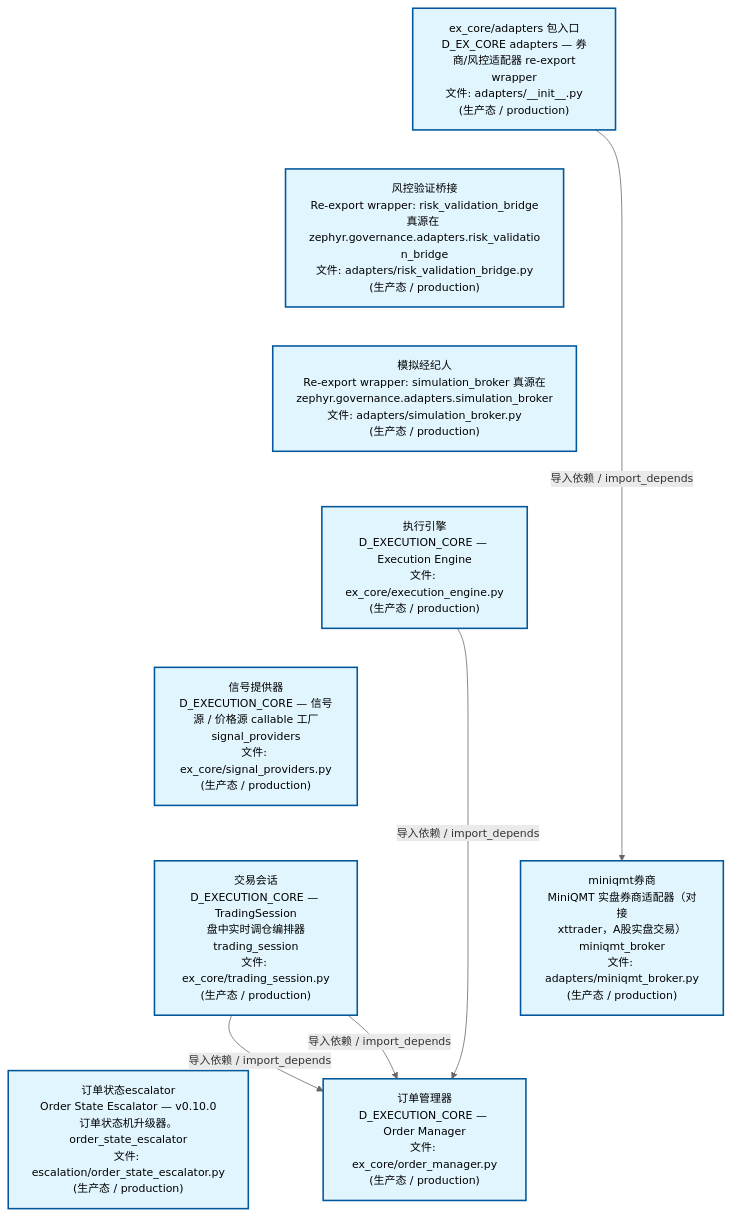
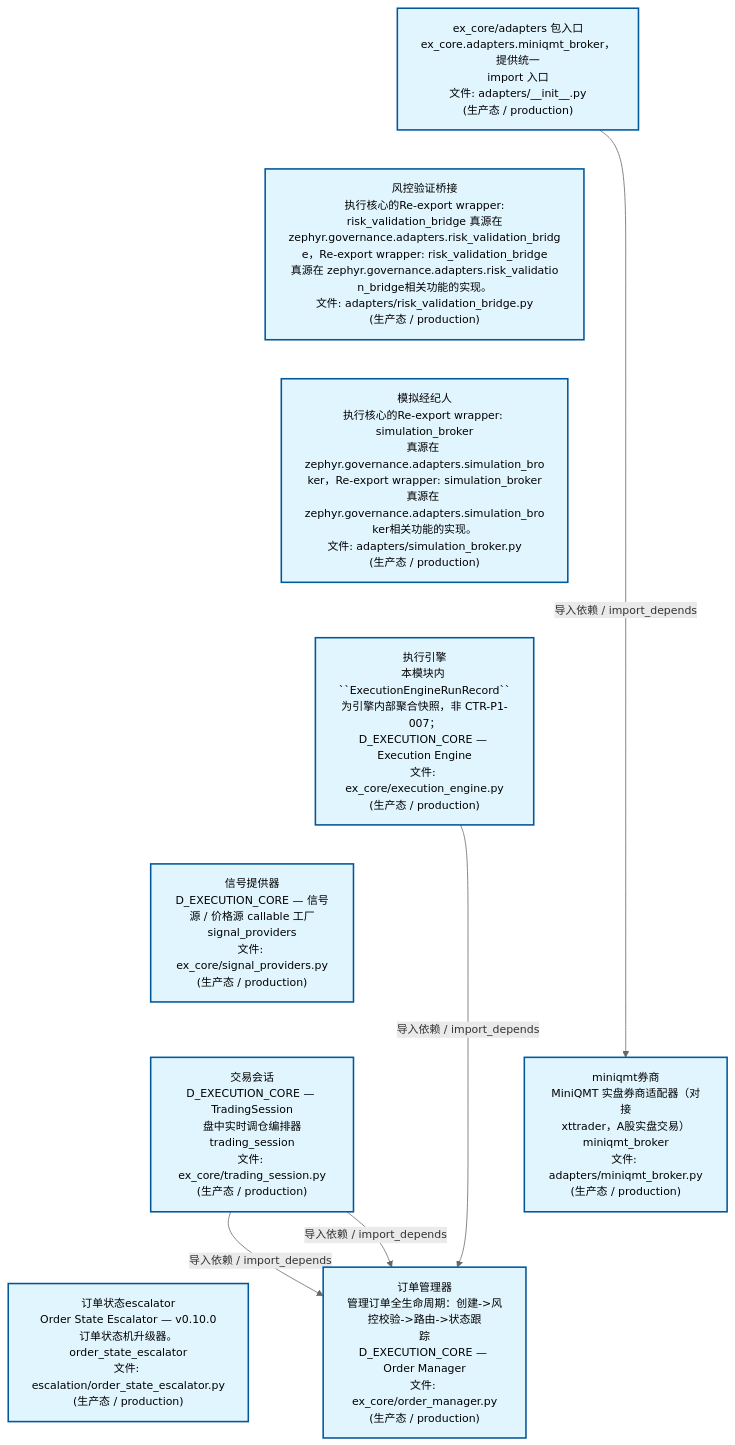
The second of 4 diagrams in docs/02_enterprise_architecture/02_domain_architecture_docs/44_d_ex_core.md (xuanFelixVan/ZephyrAlpha), drawn with Mermaid before and after one commit. The commit also changed other lines of this file and 48 other files, not shown here.

````diff
--- a/docs/02_enterprise_architecture/02_domain_architecture_docs/44_d_ex_core.md
+++ b/docs/02_enterprise_architecture/02_domain_architecture_docs/44_d_ex_core.md
@@ -170,29 +170,29 @@
 ```mermaid
 %%{init: {'theme': 'base', 'themeVariables': {'primaryColor': '#eaeaea', 'primaryTextColor': '#333333', 'primaryBorderColor': '#666666', 'lineColor': '#666666', 'secondaryColor': '#eaeaea', 'tertiaryColor': '#eaeaea', 'fontSize': '14px'}}}%%
 flowchart TD
-    src_zephyr_ex_core_adapters_init_py["ex_core/adapters 包入口<br/>D_EX_CORE adapters — 券商/风控适配器 re-export<br/>wrapper<br/>文件: adapters/__init__.py<br/>(生产态 / production)"]
-    src_zephyr_ex_core_adapters_risk_validation_bridge_py["风控验证桥接<br/>Re-export wrapper: risk_validation_bridge<br/>真源在 zephyr.governance.adapters.risk_validatio<br/>n_bridge<br/>文件: adapters/risk_validation_bridge.py<br/>(生产态 / production)"]
-    src_zephyr_ex_core_adapters_simulation_broker_py["模拟经纪人<br/>Re-export wrapper: simulation_broker 真源在<br/>zephyr.governance.adapters.simulation_broker<br/>文件: adapters/simulation_broker.py<br/>(生产态 / production)"]
-    src_zephyr_ex_core_execution_engine_py["执行引擎<br/>D_EXECUTION_CORE — Execution Engine<br/>文件: ex_core/execution_engine.py<br/>(生产态 / production)"]
+    src_zephyr_ex_core_adapters_init_py["ex_core/adapters 包入口<br/>ex_core.adapters.miniqmt_broker，提供统一<br/>import 入口<br/>文件: adapters/__init__.py<br/>(生产态 / production)"]
+    src_zephyr_ex_core_adapters_risk_validation_bridge_py["风控验证桥接<br/>执行核心的Re-export wrapper:<br/>risk_validation_bridge 真源在<br/>zephyr.governance.adapters.risk_validation_bridg<br/>e，Re-export wrapper: risk_validation_bridge<br/>真源在 zephyr.governance.adapters.risk_validatio<br/>n_bridge相关功能的实现。<br/>文件: adapters/risk_validation_bridge.py<br/>(生产态 / production)"]
+    src_zephyr_ex_core_adapters_simulation_broker_py["模拟经纪人<br/>执行核心的Re-export wrapper: simulation_broker<br/>真源在 zephyr.governance.adapters.simulation_bro<br/>ker，Re-export wrapper: simulation_broker<br/>真源在 zephyr.governance.adapters.simulation_bro<br/>ker相关功能的实现。<br/>文件: adapters/simulation_broker.py<br/>(生产态 / production)"]
+    src_zephyr_ex_core_execution_engine_py["执行引擎<br/>本模块内 ``ExecutionEngineRunRecord``<br/>为引擎内部聚合快照，非 CTR-P1-007；<br/>D_EXECUTION_CORE — Execution Engine<br/>文件: ex_core/execution_engine.py<br/>(生产态 / production)"]
     src_zephyr_ex_core_signal_providers_py["信号提供器<br/>D_EXECUTION_CORE — 信号源 / 价格源 callable 工厂<br/>signal_providers<br/>文件: ex_core/signal_providers.py<br/>(生产态 / production)"]
     src_zephyr_ex_core_trading_session_py["交易会话<br/>D_EXECUTION_CORE — TradingSession<br/>盘中实时调仓编排器<br/>trading_session<br/>文件: ex_core/trading_session.py<br/>(生产态 / production)"]
     src_zephyr_governance_escalation_order_state_escalator_py["订单状态escalator<br/>Order State Escalator — v0.10.0<br/>订单状态机升级器。<br/>order_state_escalator<br/>文件: escalation/order_state_escalator.py<br/>(生产态 / production)"]
     src_zephyr_ex_core_adapters_init_py ~~~ src_zephyr_ex_core_adapters_risk_validation_bridge_py
     src_zephyr_ex_core_adapters_risk_validation_bridge_py ~~~ src_zephyr_ex_core_adapters_simulation_broker_py
     src_zephyr_ex_core_adapters_simulation_broker_py ~~~ src_zephyr_ex_core_execution_engine_py
     src_zephyr_ex_core_execution_engine_py ~~~ src_zephyr_ex_core_signal_providers_py
     src_zephyr_ex_core_signal_providers_py ~~~ src_zephyr_ex_core_trading_session_py
     src_zephyr_ex_core_trading_session_py ~~~ src_zephyr_governance_escalation_order_state_escalator_py
     src_zephyr_ex_core_adapters_miniqmt_broker_py["miniqmt券商<br/>MiniQMT 实盘券商适配器（对接<br/>xttrader，A股实盘交易）<br/>miniqmt_broker<br/>文件: adapters/miniqmt_broker.py<br/>(生产态 / production)"]
-    src_zephyr_ex_core_order_manager_py["订单管理器<br/>D_EXECUTION_CORE — Order Manager<br/>文件: ex_core/order_manager.py<br/>(生产态 / production)"]
+    src_zephyr_ex_core_order_manager_py["订单管理器<br/>管理订单全生命周期：创建->风控校验->路由->状态跟<br/>踪<br/>D_EXECUTION_CORE — Order Manager<br/>文件: ex_core/order_manager.py<br/>(生产态 / production)"]
     src_zephyr_ex_core_adapters_miniqmt_broker_py ~~~ src_zephyr_ex_core_order_manager_py
     src_zephyr_ex_core_execution_engine_py -->|导入依赖 / import_depends| src_zephyr_ex_core_order_manager_py
     src_zephyr_ex_core_trading_session_py -->|导入依赖 / import_depends| src_zephyr_ex_core_order_manager_py
     src_zephyr_ex_core_trading_session_py -->|导入依赖 / import_depends| src_zephyr_ex_core_order_manager_py
     src_zephyr_ex_core_adapters_init_py -->|导入依赖 / import_depends| src_zephyr_ex_core_adapters_miniqmt_broker_py
     classDef production fill:#e1f5fe,stroke:#01579b,stroke-width:2px,color:#000
     classDef design fill:#fff3e0,stroke:#e65100,stroke-width:2px,color:#000,stroke-dasharray: 5 5
     classDef external_prod fill:#e8f4fd,stroke:#0277bd,stroke-width:1px,color:#000
     classDef external_design fill:#fff8e7,stroke:#ef6c00,stroke-width:1px,color:#000,stroke-dasharray: 5 5
     class src_zephyr_ex_core_adapters_init_py,src_zephyr_ex_core_adapters_miniqmt_broker_py,src_zephyr_ex_core_adapters_risk_validation_bridge_py,src_zephyr_ex_core_adapters_simulation_broker_py,src_zephyr_ex_core_execution_engine_py,src_zephyr_ex_core_order_manager_py,src_zephyr_ex_core_signal_providers_py,src_zephyr_ex_core_trading_session_py,src_zephyr_governance_escalation_order_state_escalator_py production
 ```
````
